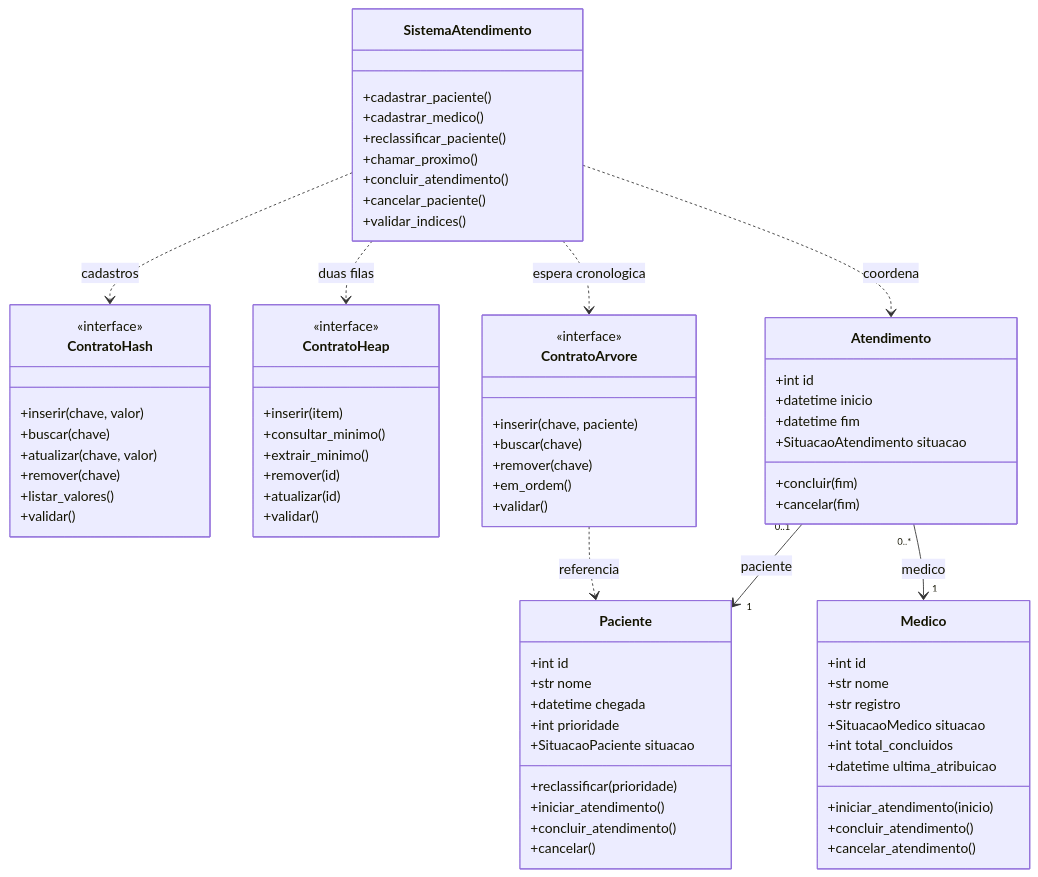
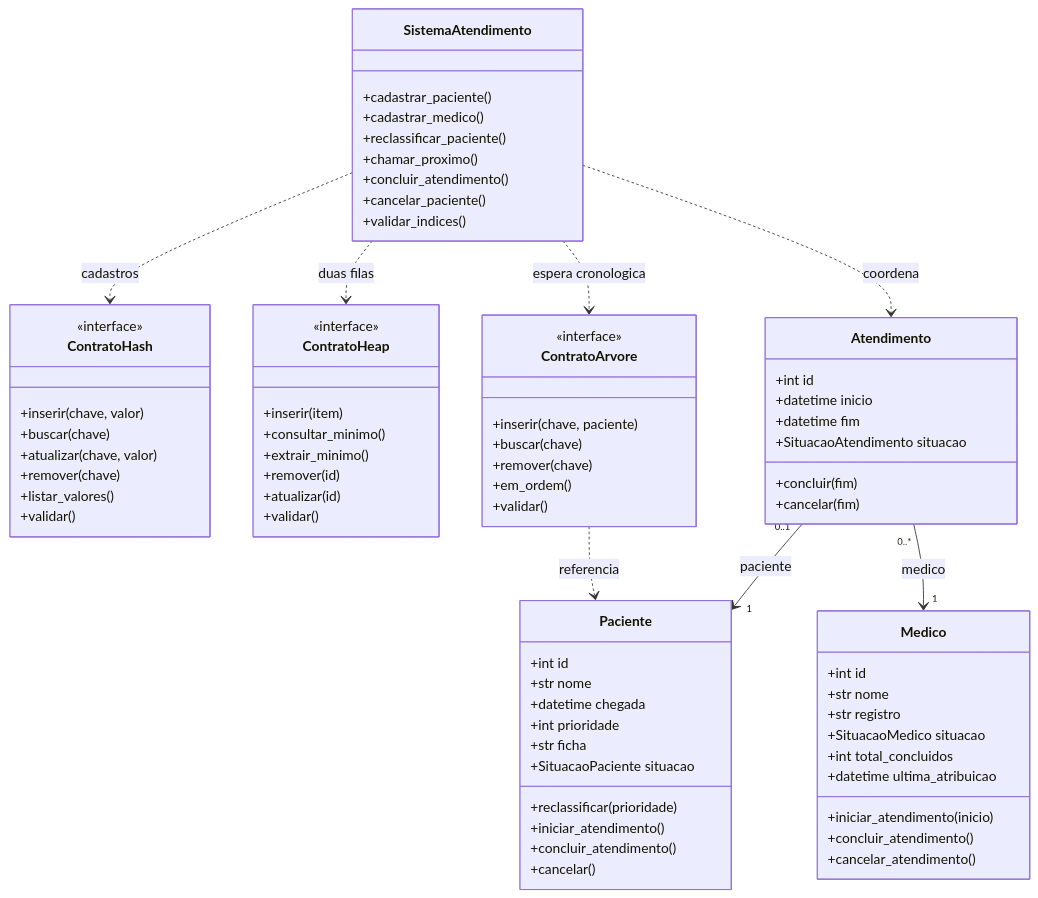
Before and after one commit to GBpontes22/SIGAE: the diagram in docs/arquitetura.md, drawn with Mermaid. The commit also changed other lines of this file and 28 other files, not shown here.

````diff
--- a/docs/arquitetura.md
+++ b/docs/arquitetura.md
@@ -241,76 +252,77 @@
 ```mermaid
 classDiagram
     direction TB
     class SistemaAtendimento {
         +cadastrar_paciente()
         +cadastrar_medico()
         +reclassificar_paciente()
         +chamar_proximo()
         +concluir_atendimento()
         +cancelar_paciente()
         +validar_indices()
     }
     class ContratoHash {
         <<interface>>
         +inserir(chave, valor)
         +buscar(chave)
         +atualizar(chave, valor)
         +remover(chave)
         +listar_valores()
         +validar()
     }
     class ContratoHeap {
         <<interface>>
         +inserir(item)
         +consultar_minimo()
         +extrair_minimo()
         +remover(id)
         +atualizar(id)
         +validar()
     }
     class ContratoArvore {
         <<interface>>
         +inserir(chave, paciente)
         +buscar(chave)
         +remover(chave)
         +em_ordem()
         +validar()
     }
     class Paciente {
         +int id
         +str nome
         +datetime chegada
         +int prioridade
+        +str ficha
         +SituacaoPaciente situacao
         +reclassificar(prioridade)
         +iniciar_atendimento()
         +concluir_atendimento()
         +cancelar()
     }
     class Medico {
         +int id
         +str nome
         +str registro
         +SituacaoMedico situacao
         +int total_concluidos
         +datetime ultima_atribuicao
         +iniciar_atendimento(inicio)
         +concluir_atendimento()
         +cancelar_atendimento()
     }
     class Atendimento {
         +int id
         +datetime inicio
         +datetime fim
         +SituacaoAtendimento situacao
         +concluir(fim)
         +cancelar(fim)
     }
     SistemaAtendimento ..> ContratoHash : cadastros
     SistemaAtendimento ..> ContratoHeap : duas filas
     SistemaAtendimento ..> ContratoArvore : espera cronologica
     SistemaAtendimento ..> Atendimento : coordena
     ContratoArvore ..> Paciente : referencia
     Atendimento "0..1" --> "1" Paciente : paciente
     Atendimento "0..*" --> "1" Medico : medico
 ```
````
